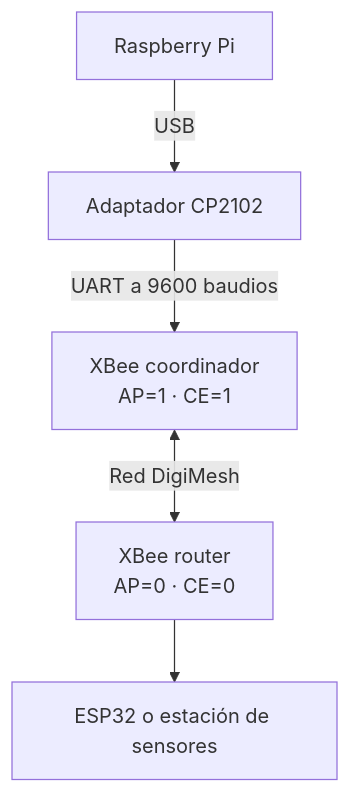
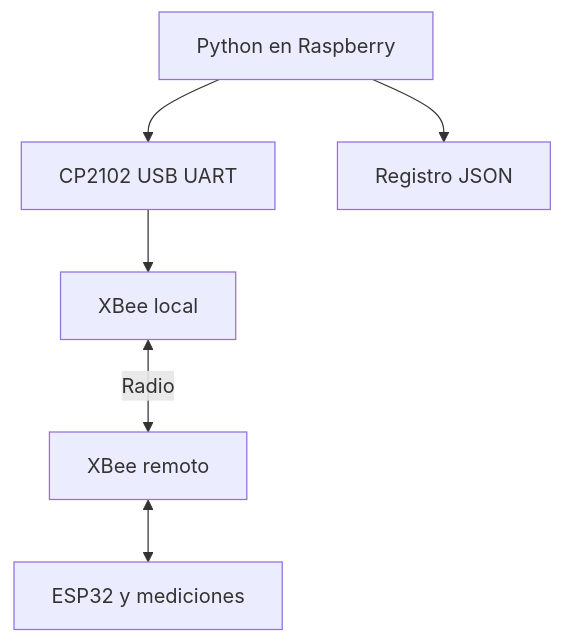
The first of 3 diagrams in README.md (tpalaciof/Configuracion-Red-Xbee), drawn with Mermaid before and after one commit. The commit also changed other lines of this file and 6 other files, not shown here.

````diff
--- a/README.md
+++ b/README.md
@@ -24,7 +101,8 @@
 ```mermaid
 flowchart TD
-    RPI["Raspberry Pi"] -->|USB| CP2102["Adaptador CP2102"]
-    CP2102 -->|UART a 9600 baudios| COORD["XBee coordinador<br/>AP=1 · CE=1"]
-    COORD <-->|Red DigiMesh| ROUTER["XBee router<br/>AP=0 · CE=0"]
-    ROUTER --> EQUIPO["ESP32 o estación de sensores"]
+    A["Python en Raspberry"] --> B["CP2102 USB UART"]
+    B --> C["XBee local"]
+    C <-->|"Radio"| D["XBee remoto"]
+    D <--> E["ESP32 y mediciones"]
+    A --> F["Registro JSON"]
 ```
````
